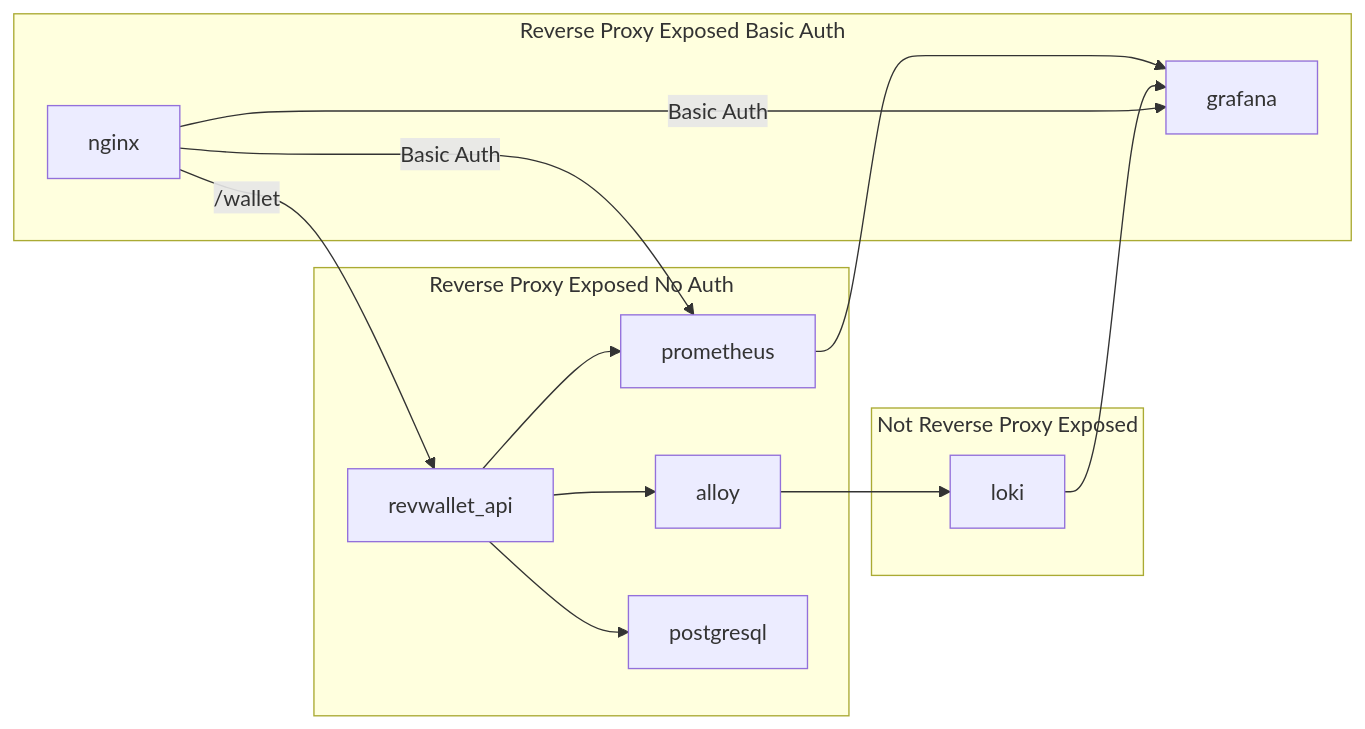
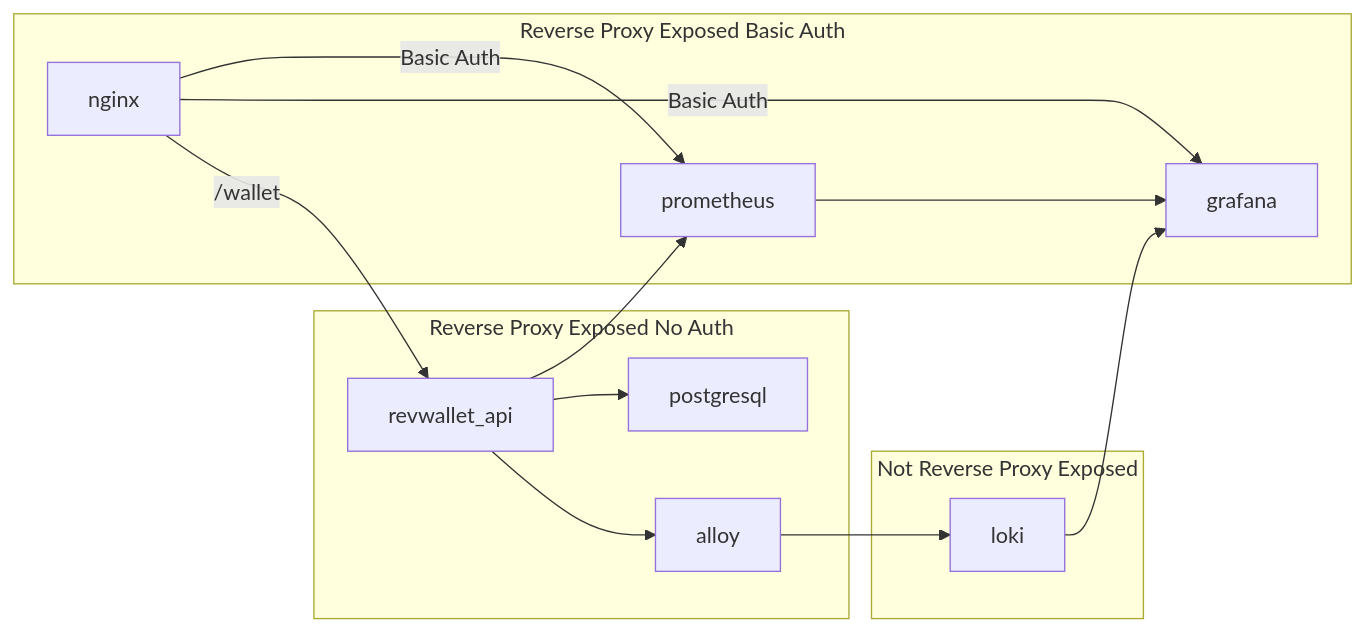
The second of 2 diagrams in README.md (arthurjguerra/revwallet), drawn with Mermaid before and after one commit. The commit also changed other lines of this file, not shown here.

Commit message:
feat: add arch diagram

````diff
--- a/README.md
+++ b/README.md
@@ -13,18 +13,18 @@
 ```mermaid
 flowchart LR
   nginx -- /wallet --> revwallet_api
   subgraph Reverse Proxy Exposed No Auth
     revwallet_api --> alloy
-    revwallet_api --> prometheus
     revwallet_api --> postgresql
   end
   subgraph Reverse Proxy Exposed Basic Auth
     nginx -- Basic Auth --> grafana
     nginx -- Basic Auth --> prometheus
+    revwallet_api --> prometheus
   end
   subgraph Not Reverse Proxy Exposed
     alloy --> loki
     loki --> grafana
     prometheus --> grafana
   end
 ```
````
